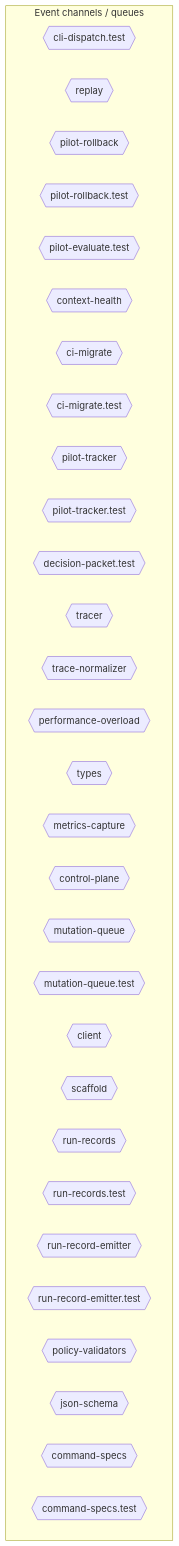
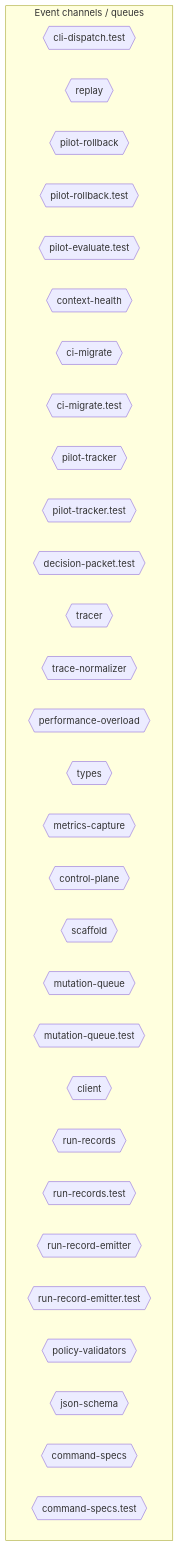
One commit to jscraik/coding-harness changed the sixth of 10 diagrams in AI/context/diagram-context.md. Above: the diagram before and after it, drawn with Mermaid. The commit also changed other lines of this file, not shown here.

First line of the commit message:
chore(diagrams): refresh context artifacts for review-gate changes

````diff
--- a/AI/context/diagram-context.md
+++ b/AI/context/diagram-context.md
@@ -1879,36 +1880,36 @@
 ```mermaid
 flowchart TD
   subgraph Channels["Event channels / queues"]
     cli_dispatch_test_54c9f17b{{"cli-dispatch.test"}}
     replay_ac203c98{{"replay"}}
     pilot_rollback_00c1f82c{{"pilot-rollback"}}
     pilot_rollback_test_e61d5a2b{{"pilot-rollback.test"}}
     pilot_evaluate_test_a2ac06fc{{"pilot-evaluate.test"}}
     context_health_80bb7da9{{"context-health"}}
     ci_migrate_78bb70b1{{"ci-migrate"}}
     ci_migrate_test_2a015bb9{{"ci-migrate.test"}}
     pilot_tracker_5c767813{{"pilot-tracker"}}
     pilot_tracker_test_80398a66{{"pilot-tracker.test"}}
     decision_packet_test_9ea0e97b{{"decision-packet.test"}}
     tracer_1e6243a2{{"tracer"}}
     trace_normalizer_cb1be1d2{{"trace-normalizer"}}
     performance_overload_c685bfcf{{"performance-overload"}}
-    types_10_75e5a4a0{{"types"}}
+    types_9_1db4641f{{"types"}}
     metrics_capture_1d1a2c08{{"metrics-capture"}}
     control_plane_96826665{{"control-plane"}}
+    scaffold_db8a7260{{"scaffold"}}
     mutation_queue_ce5a530e{{"mutation-queue"}}
     mutation_queue_test_10b599e8{{"mutation-queue.test"}}
     client_1_914e1681{{"client"}}
-    scaffold_db8a7260{{"scaffold"}}
     run_records_f616aa7c{{"run-records"}}
     run_records_test_3ee6a0e3{{"run-records.test"}}
     run_record_emitter_00168a3a{{"run-record-emitter"}}
     run_record_emitter_test_5475c0da{{"run-record-emitter.test"}}
     policy_validators_6682e192{{"policy-validators"}}
     json_schema_74a768d7{{"json-schema"}}
     command_specs_69167c63{{"command-specs"}}
     command_specs_test_7f693e85{{"command-specs.test"}}
   end
   classDef eventNode fill:#db2777,color:#fff
 
 ```
````
